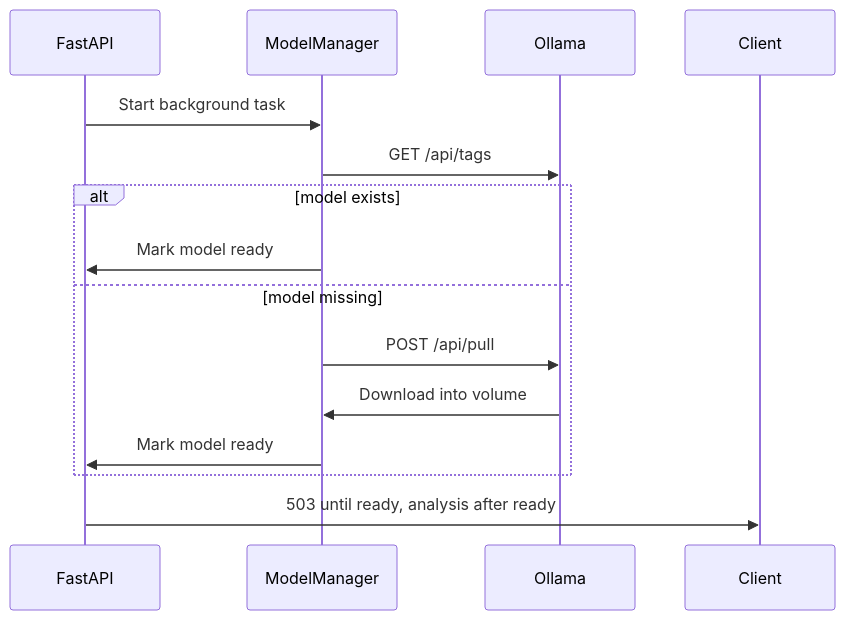
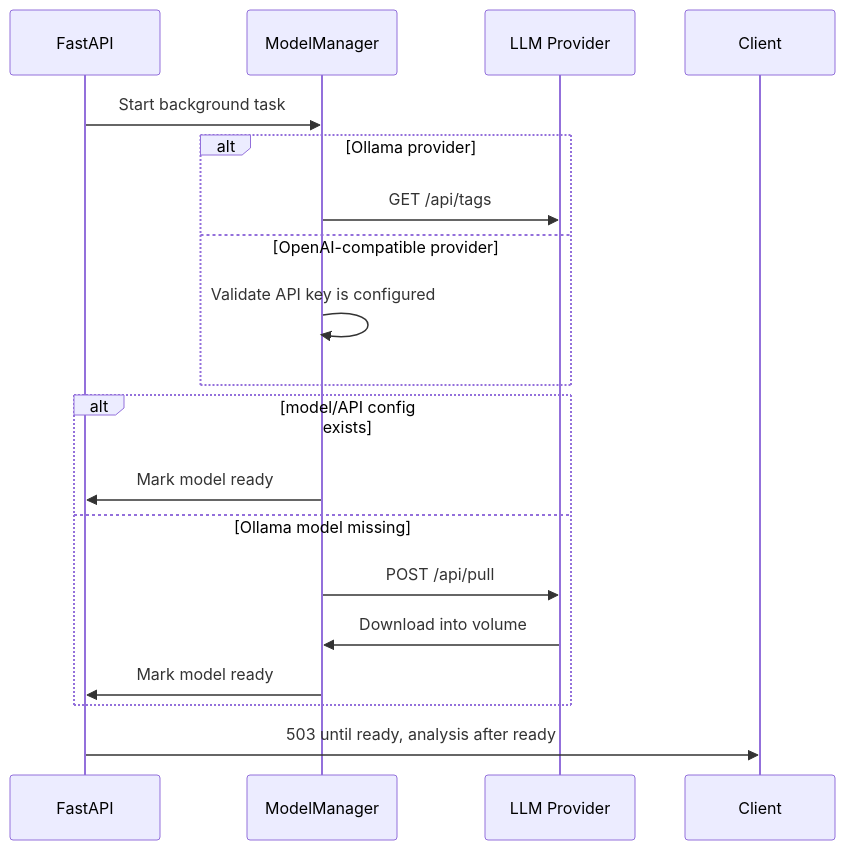
The third of 3 diagrams in README.md (emedinac/automated-gdpr-compliance-checker), drawn with Mermaid before and after one commit. The commit also changed other lines of this file and 5 other files, not shown here.

````diff
--- a/README.md
+++ b/README.md
@@ -124,17 +126,21 @@
 ```mermaid
 sequenceDiagram
     participant API as FastAPI
     participant Manager as ModelManager
-    participant Ollama as Ollama
+    participant Provider as LLM Provider
 
     API->>Manager: Start background task
-    Manager->>Ollama: GET /api/tags
-    alt model exists
+    alt Ollama provider
+        Manager->>Provider: GET /api/tags
+    else OpenAI-compatible provider
+        Manager->>Manager: Validate API key is configured
+    end
+    alt model/API config exists
         Manager->>API: Mark model ready
-    else model missing
-        Manager->>Ollama: POST /api/pull
-        Ollama->>Manager: Download into volume
+    else Ollama model missing
+        Manager->>Provider: POST /api/pull
+        Provider->>Manager: Download into volume
         Manager->>API: Mark model ready
     end
     API->>Client: 503 until ready, analysis after ready
 ```
````
